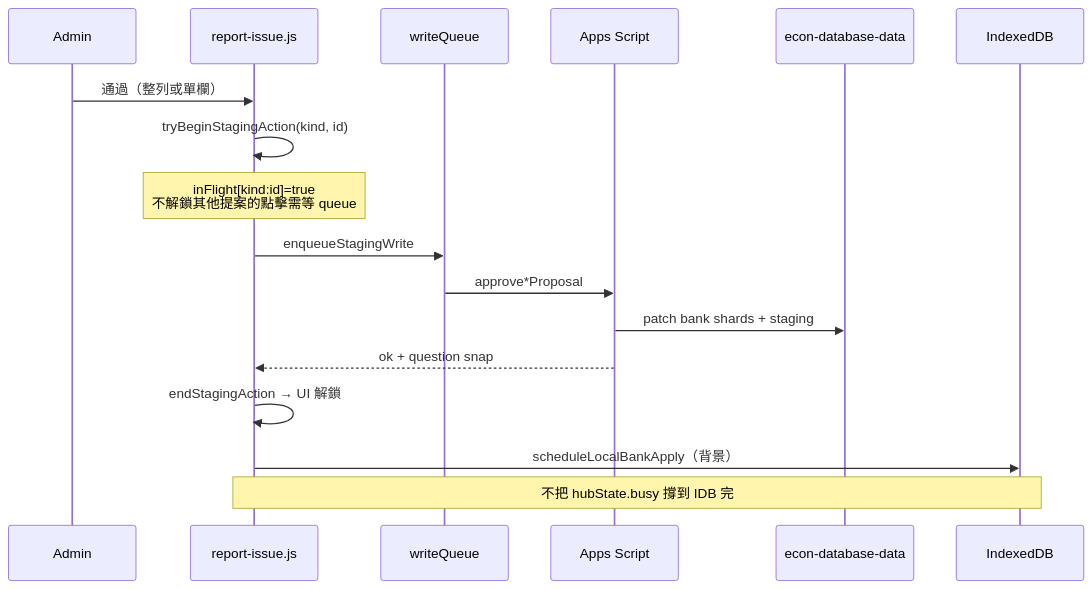
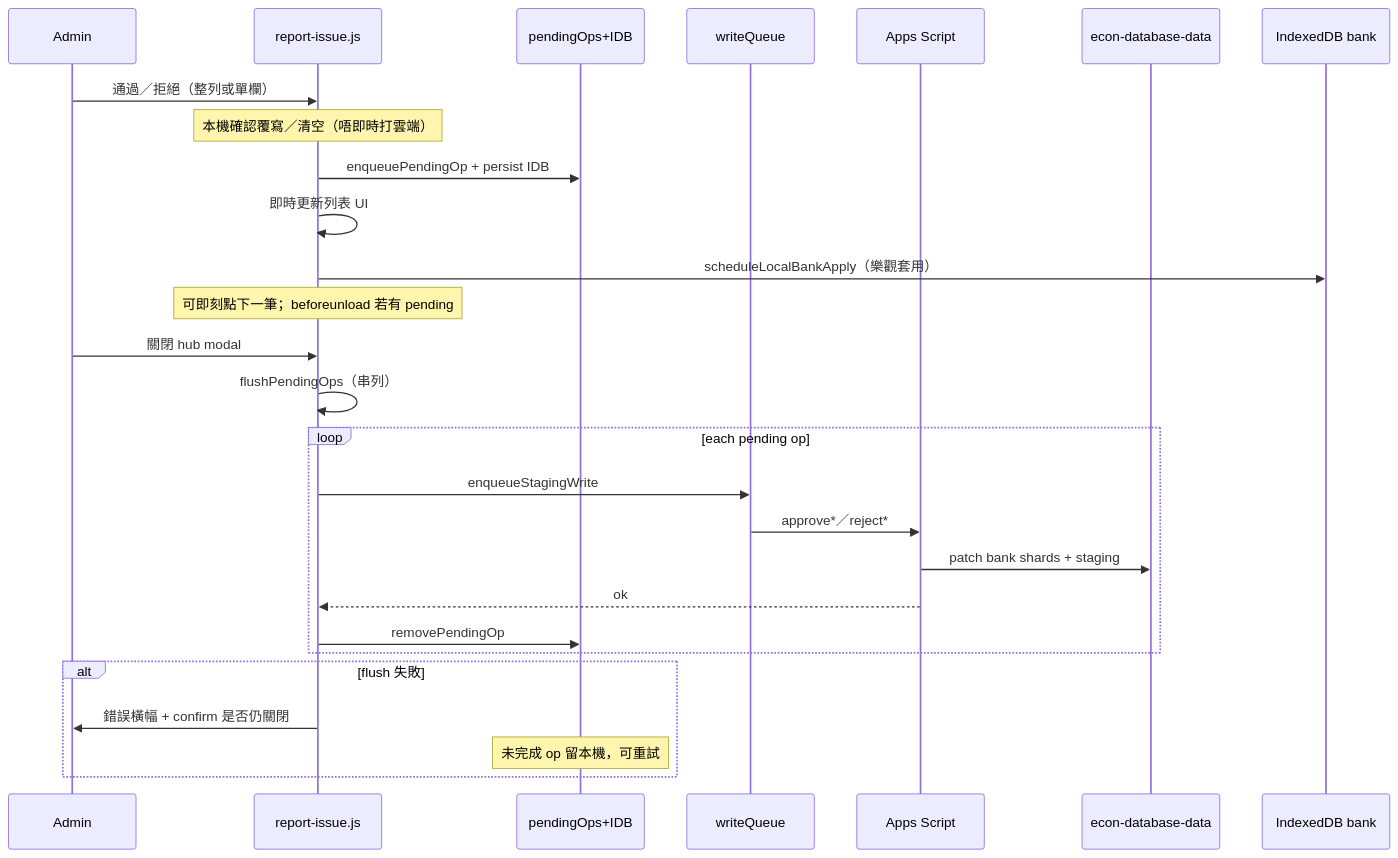
The diagram in js/report-issue.kb.md (OutliersEcon/econ-database2), drawn with Mermaid before and after one commit. The commit also changed other lines of this file and 3 other files, not shown here.

First line of the commit message:
feat(hub): local-first approve queue; flush on modal close (.29)

````diff
--- a/js/report-issue.kb.md
+++ b/js/report-issue.kb.md
@@ -12,20 +12,31 @@
 ```mermaid
 sequenceDiagram
   participant Admin
   participant Hub as report-issue.js
+  participant Mem as pendingOps+IDB
   participant Q as writeQueue
   participant AS as Apps Script
   participant GH as econ-database-data
-  participant IDB as IndexedDB
+  participant BankIDB as IndexedDB bank
 
-  Admin->>Hub: 通過（整列或單欄）
-  Hub->>Hub: tryBeginStagingAction(kind, id)
-  Note over Hub: inFlight[kind:id]=true<br/>不解鎖其他提案的點擊需等 queue
-  Hub->>Q: enqueueStagingWrite
-  Q->>AS: approve*Proposal
-  AS->>GH: patch bank shards + staging
-  AS-->>Hub: ok + question snap
-  Hub->>Hub: endStagingAction → UI 解鎖
-  Hub->>IDB: scheduleLocalBankApply（背景）
-  Note over Hub,IDB: 不把 hubState.busy 撐到 IDB 完
+  Admin->>Hub: 通過／拒絕（整列或單欄）
+  Note over Hub: 本機確認覆寫／清空（唔即時打雲端）
+  Hub->>Mem: enqueuePendingOp + persist IDB
+  Hub->>Hub: 即時更新列表 UI
+  Hub->>BankIDB: scheduleLocalBankApply（樂觀套用）
+  Note over Hub: 可即刻點下一筆；beforeunload 若有 pending
+
+  Admin->>Hub: 關閉 hub modal
+  Hub->>Hub: flushPendingOps（串列）
+  loop each pending op
+    Hub->>Q: enqueueStagingWrite
+    Q->>AS: approve*／reject*
+    AS->>GH: patch bank shards + staging
+    AS-->>Hub: ok
+    Hub->>Mem: removePendingOp
+  end
+  alt flush 失敗
+    Hub->>Admin: 錯誤橫幅 + confirm 是否仍關閉
+    Note over Mem: 未完成 op 留本機，可重試
+  end
 ```
````
